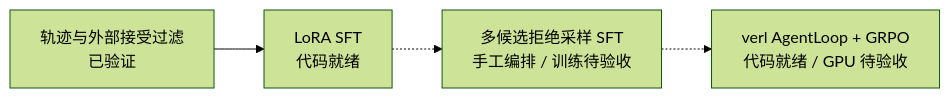
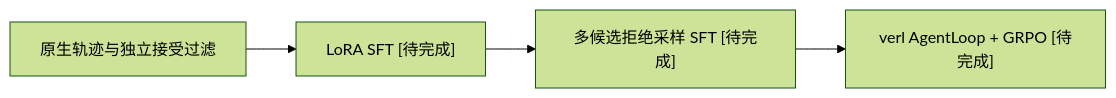
One commit to Gump111458785/ArtiCheck changed the second of 2 diagrams in README.md. Above: the diagram before and after it, drawn with Mermaid (forest theme). The commit also changed other lines of this file, not shown here.

````diff
--- a/README.md
+++ b/README.md
@@ -269,6 +268,6 @@
 ```mermaid
 flowchart LR
-    A["轨迹与外部接受过滤<br>已验证"] --> B["LoRA SFT<br>代码就绪"]
-    B -.-> C["多候选拒绝采样 SFT<br>手工编排 / 训练待验收"]
-    C -.-> D["verl AgentLoop + GRPO<br>代码就绪 / GPU 待验收"]
+    A["原生轨迹与独立接受过滤"] --> B["LoRA SFT [待完成]"]
+    B --> C["多候选拒绝采样 SFT [待完成]"]
+    C --> D["verl AgentLoop + GRPO [待完成]"]
 ```
````
